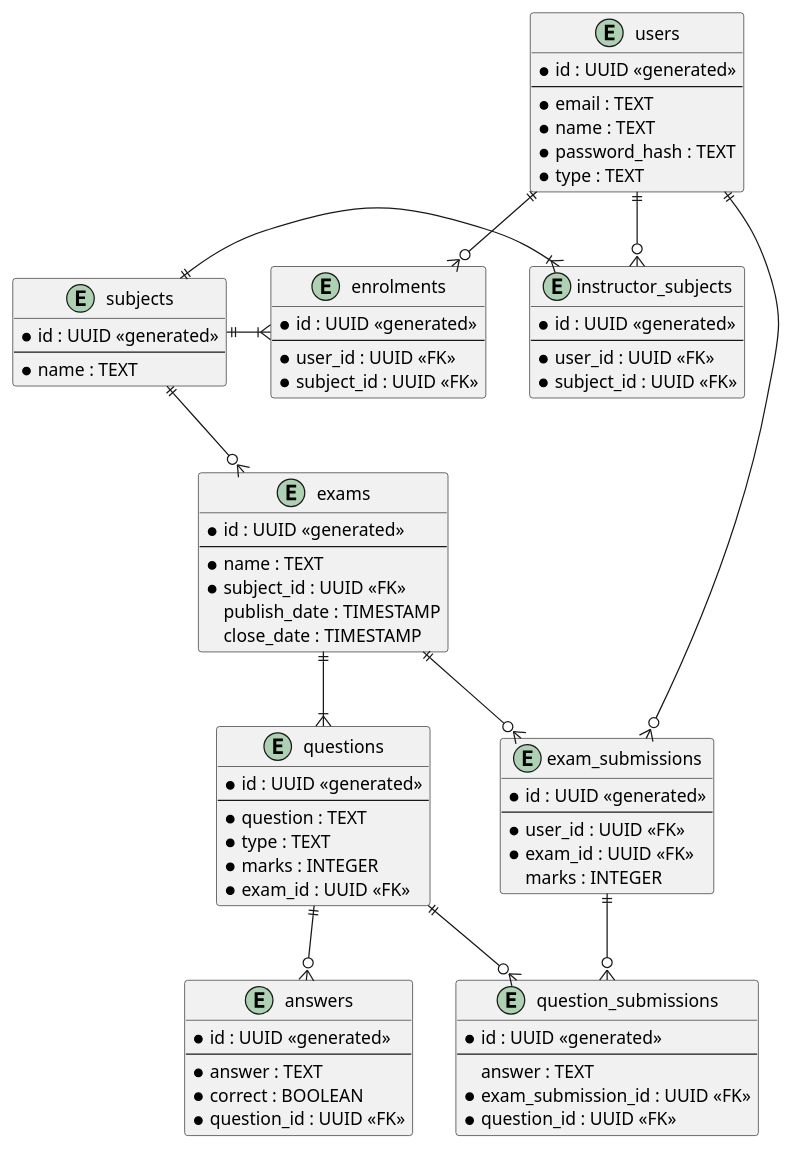
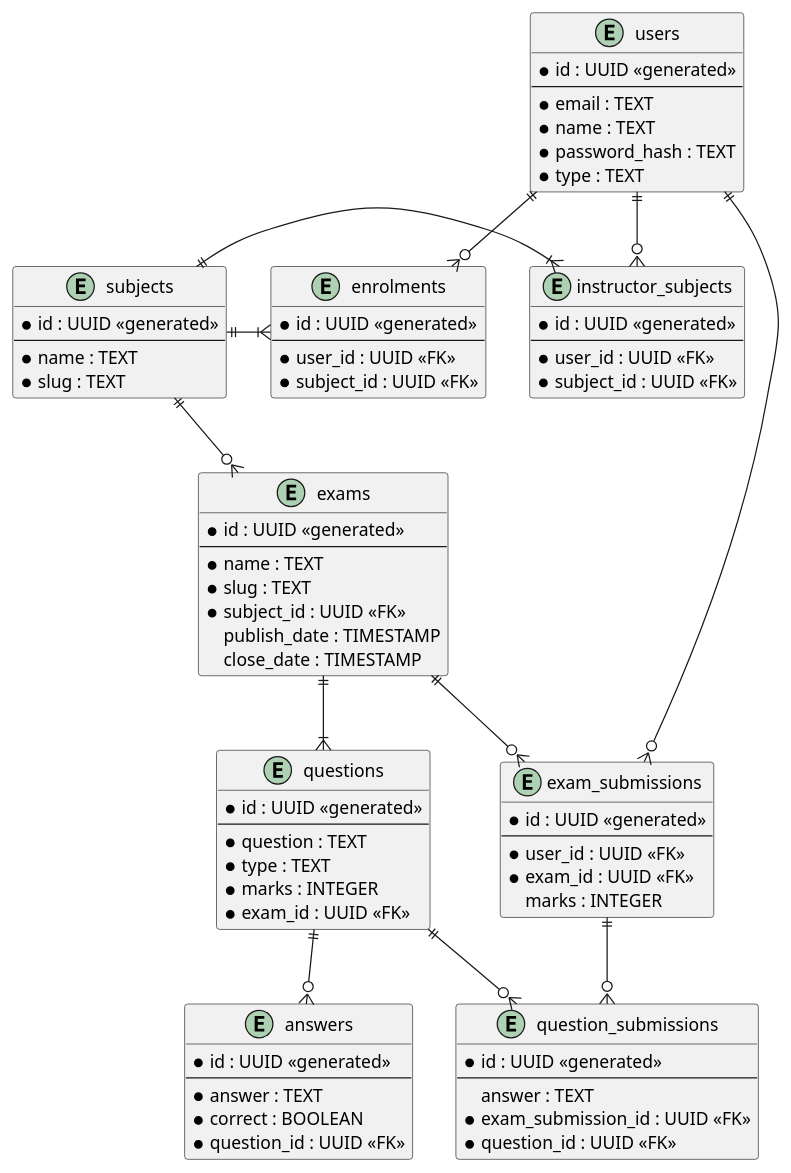
The diagram in docs/diagrams/er.puml (omjadas/ekzameno), drawn with PlantUML before and after one commit. The commit also changed 14 other files, not shown here.

```diff
--- a/docs/diagrams/er.puml
+++ b/docs/diagrams/er.puml
@@ -1,88 +1,90 @@
 @startuml ER Diagram
 
 entity users {
     * id : UUID <<generated>>
     --
     * email : TEXT
     * name : TEXT
     * password_hash : TEXT
     * type : TEXT
 }
 
 entity subjects {
     * id : UUID <<generated>>
     --
     * name : TEXT
+    * slug : TEXT
 }
 
 entity exams {
     * id : UUID <<generated>>
     --
     * name : TEXT
+    * slug : TEXT
     * subject_id : UUID <<FK>>
     publish_date : TIMESTAMP
     close_date : TIMESTAMP
 }
 
 entity questions {
     * id : UUID <<generated>>
     --
     * question : TEXT
     * type : TEXT
     * marks : INTEGER
     * exam_id : UUID <<FK>>
 }
 
 entity answers {
     * id : UUID <<generated>>
     --
     * answer : TEXT
     * correct : BOOLEAN
     * question_id : UUID <<FK>>
 }
 
 entity exam_submissions {
     * id : UUID <<generated>>
     --
     * user_id : UUID <<FK>>
     * exam_id : UUID <<FK>>
     marks : INTEGER
 }
 
 entity question_submissions {
     * id : UUID <<generated>>
     --
     answer : TEXT
     * exam_submission_id : UUID <<FK>>
     * question_id : UUID <<FK>>
 }
 
 entity instructor_subjects {
     * id : UUID <<generated>>
     --
     * user_id : UUID <<FK>>
     * subject_id : UUID <<FK>>
 }
 
 entity enrolments {
     * id : UUID <<generated>>
     --
     * user_id : UUID <<FK>>
     * subject_id : UUID <<FK>>
 }
 
 subjects ||--o{ exams
 exams ||--|{ questions
 users ||--o{ exam_submissions
 exams ||--o{ exam_submissions
 exam_submissions ||--o{ question_submissions
 questions ||--o{ question_submissions
 questions ||--o{ answers
 
 users ||--o{ instructor_subjects
 users ||--o{ enrolments
 
 subjects ||-|{ instructor_subjects
 subjects ||-|{ enrolments
 
 @enduml
```
